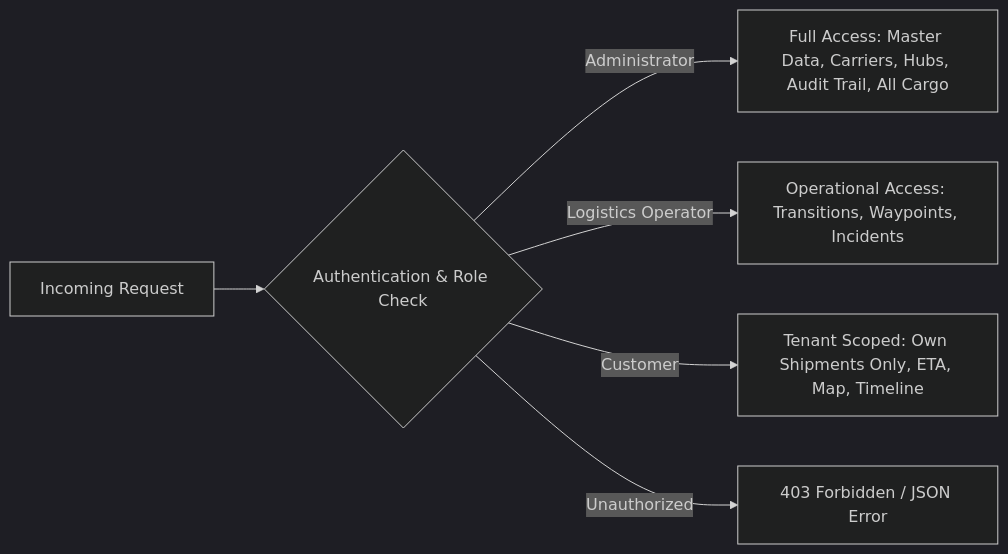
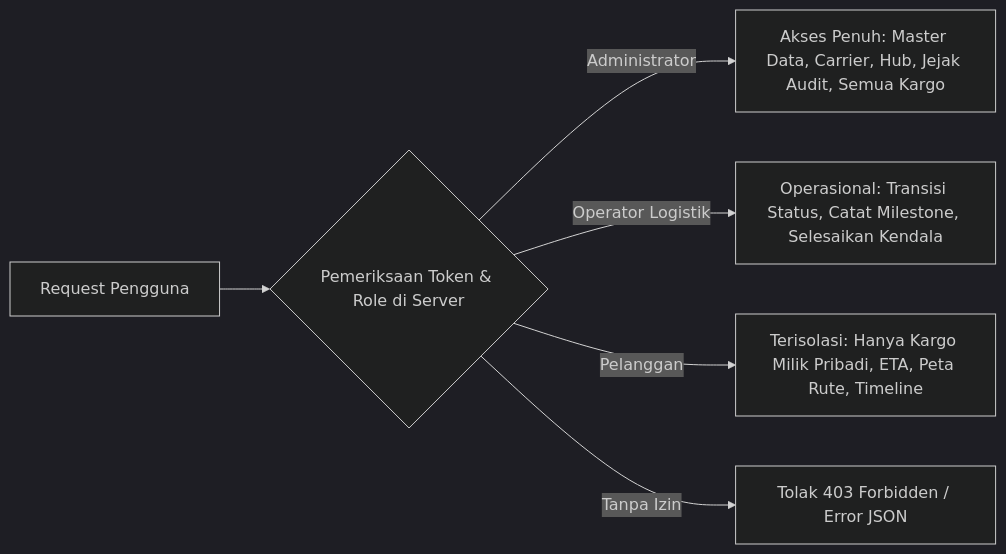
Before and after one commit to Nafs28/CargoTracer_UAS_PemrogramanWeb: the first of 3 diagrams in README.md, drawn with Mermaid (dark theme). The commit also changed other lines of this file and 10 other files, not shown here.

````diff
--- a/README.md
+++ b/README.md
@@ -53,8 +53,8 @@
 ```mermaid
 flowchart LR
-    A["Incoming Request"] --> B{"Authentication & Role Check"}
-    B -->|Administrator| C["Full Access: Master Data, Carriers, Hubs, Audit Trail, All Cargo"]
-    B -->|Logistics Operator| D["Operational Access: Transitions, Waypoints, Incidents"]
-    B -->|Customer| E["Tenant Scoped: Own Shipments Only, ETA, Map, Timeline"]
-    B -->|Unauthorized| F["403 Forbidden / JSON Error"]
+    A["Request Pengguna"] --> B{"Pemeriksaan Token & Role di Server"}
+    B -->|Administrator| C["Akses Penuh: Master Data, Carrier, Hub, Jejak Audit, Semua Kargo"]
+    B -->|Operator Logistik| D["Operasional: Transisi Status, Catat Milestone, Selesaikan Kendala"]
+    B -->|Pelanggan| E["Terisolasi: Hanya Kargo Milik Pribadi, ETA, Peta Rute, Timeline"]
+    B -->|Tanpa Izin| F["Tolak 403 Forbidden / Error JSON"]
 ```
````
